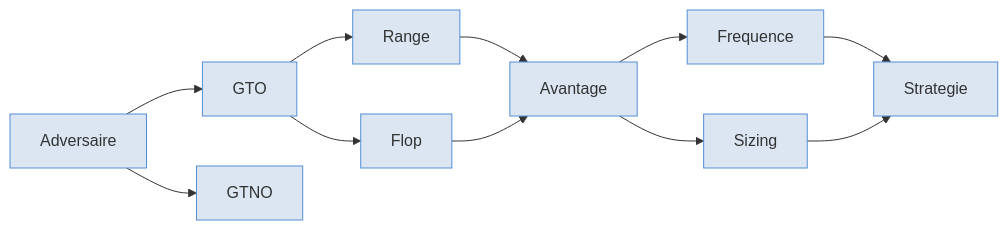
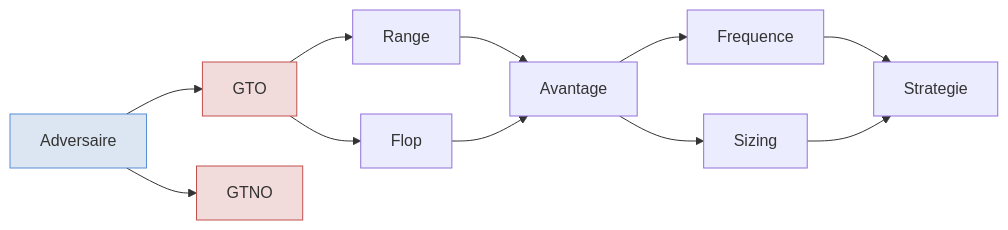
One commit to greglejeune/blog changed the first of 2 diagrams in _posts/2020-01-01-test.md. Above: the diagram before and after it, drawn with Mermaid.

```diff
--- a/_posts/2020-01-01-test.md
+++ b/_posts/2020-01-01-test.md
@@ -16,14 +16,16 @@
     <div class="mermaid">
         graph LR
             Adversaire --> GTO
             Adversaire --> GTNO
             GTO --> Range
             GTO --> Flop
             Range --> Avantage
             Flop --> Avantage
             Avantage --> Frequence
             Avantage --> Sizing
             Frequence --> Strategie
             Sizing --> Strategie
-            classDef default fill:#dce6f2,stroke:#558ed5,stroke-width:1px
+            style Adversaire fill:#dce6f2,stroke:#558ed5,stroke-width:1px
+            style GTO fill:#f2dcdb,stroke:#c0504d,stroke-width:1px
+            style GTNO fill:#f2dcdb,stroke:#c0504d,stroke-width:1px
     </div>
```
